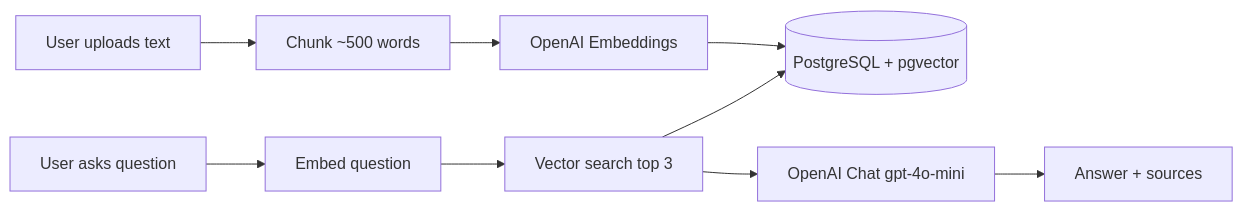
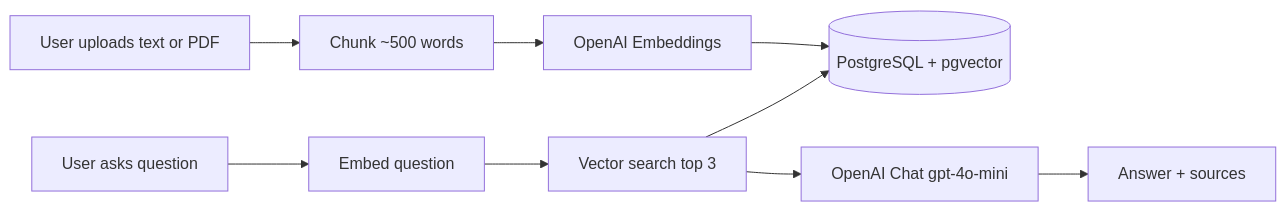
The diagram in README.md (SamuelCB92/rag), drawn with Mermaid before and after one commit. The commit also changed other lines of this file and 8 other files, not shown here.

````diff
--- a/README.md
+++ b/README.md
@@ -56,11 +58,11 @@
 ```mermaid
 flowchart LR
-  A[User uploads text] --> B[Chunk ~500 words]
+  A[User uploads text or PDF] --> B[Chunk ~500 words]
   B --> C[OpenAI Embeddings]
   C --> D[(PostgreSQL + pgvector)]
   E[User asks question] --> F[Embed question]
   F --> G[Vector search top 3]
   G --> D
   G --> H[OpenAI Chat gpt-4o-mini]
   H --> I[Answer + sources]
 ```
````
